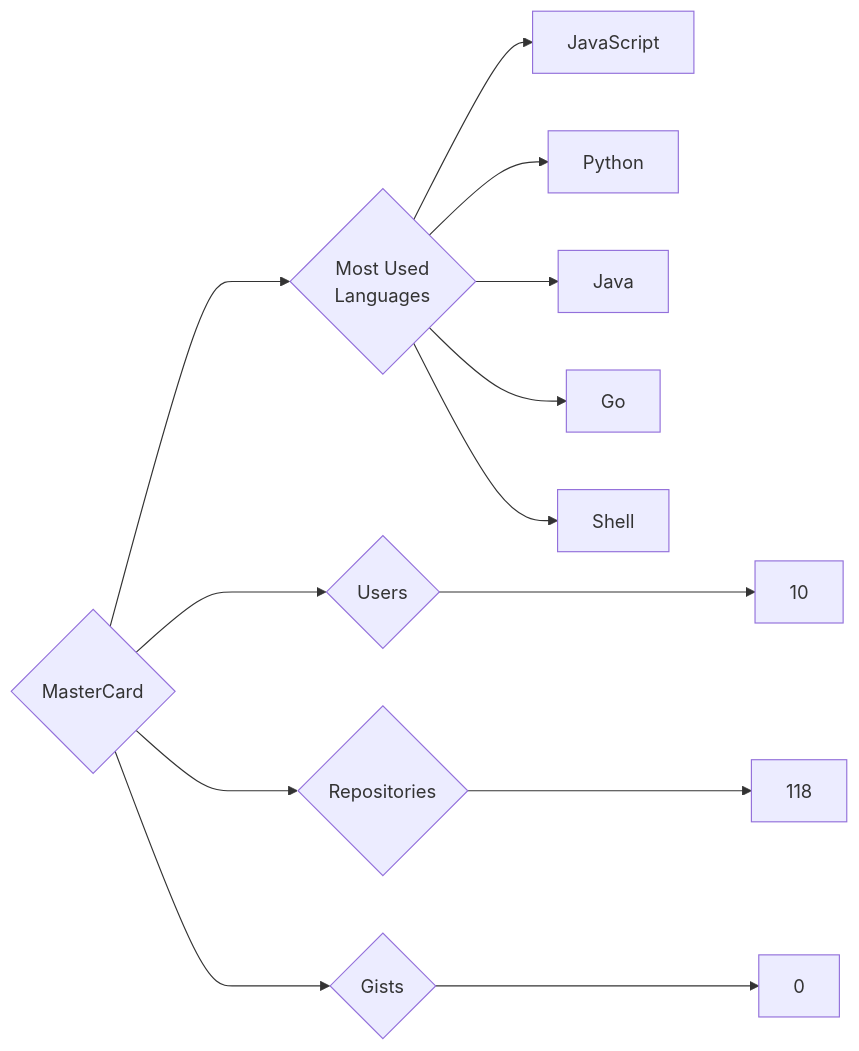
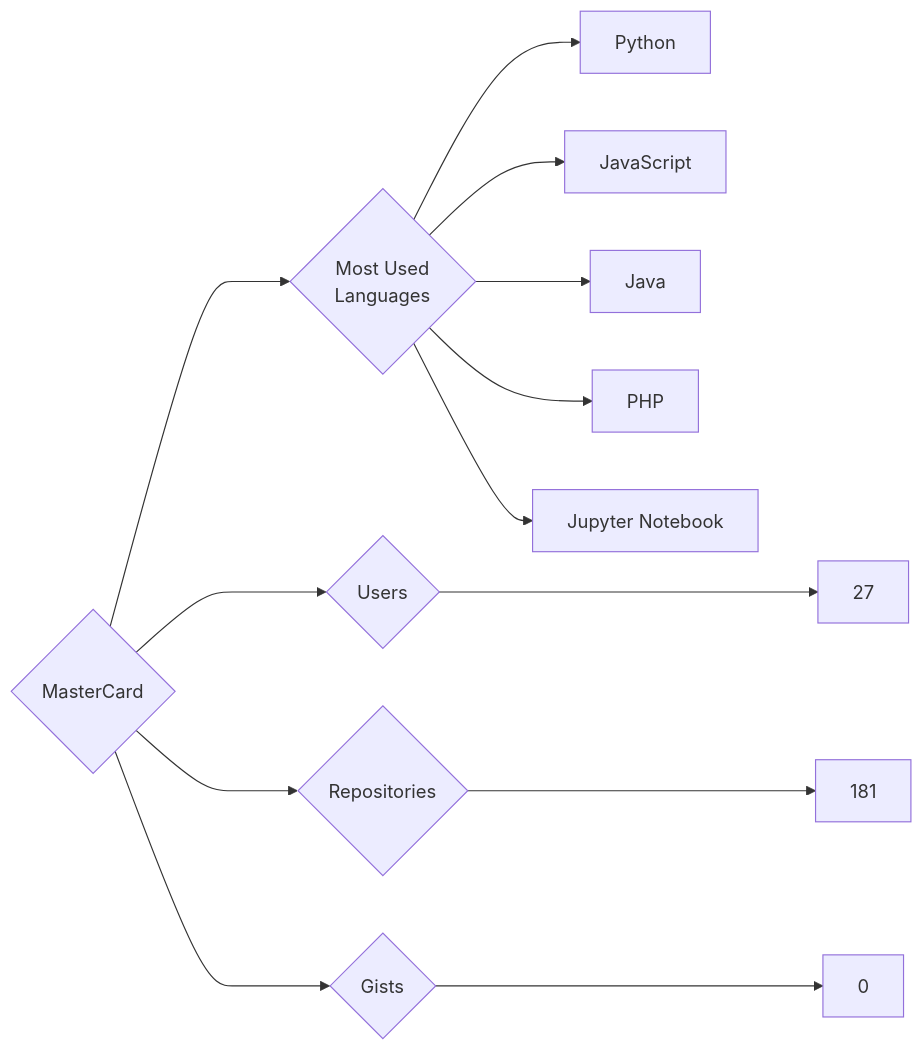
One commit to trickest/insiders changed the diagram in targets/MasterCard/README.md. Above: the diagram before and after it, drawn with Mermaid. The commit also changed 951 other files, not shown here.

````diff
--- a/targets/MasterCard/README.md
+++ b/targets/MasterCard/README.md
@@ -3,13 +3,13 @@
 ```mermaid
 graph LR
 COMPANY_NAME{MasterCard}
-COMPANY_NAME ---> U{Users} ---> UN[10]
-COMPANY_NAME ---> R{Repositories} ---> RN[118]
+COMPANY_NAME ---> U{Users} ---> UN[27]
+COMPANY_NAME ---> R{Repositories} ---> RN[181]
 COMPANY_NAME ---> G{Gists} ---> GN[0]
 COMPANY_NAME ---> ML{Most Used<br>Languages}
-ML --> JavaScript
-ML --> Python
-ML --> Java
-ML --> Go
-ML --> Shell
+ML --> Python[Python]
+ML --> JavaScript[JavaScript]
+ML --> Java[Java]
+ML --> PHP[PHP]
+ML --> Jupyter_Notebook[Jupyter Notebook]
 ```
````
